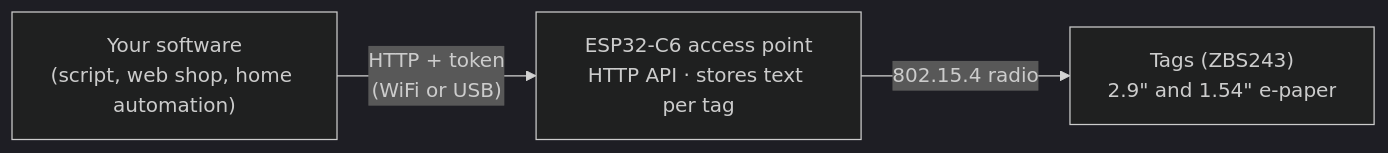
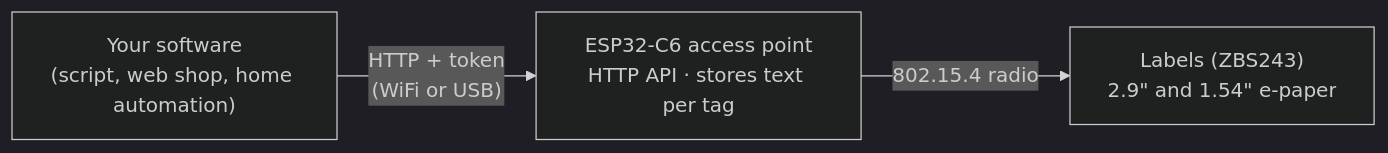
The diagram in README.md (mathiasbk/openESL), drawn with Mermaid (dark theme) before and after one commit. The commit also changed other lines of this file and 5 other files, not shown here.

````diff
--- a/README.md
+++ b/README.md
@@ -13,8 +69,8 @@
 ```mermaid
 flowchart LR
     client["Your software<br/>(script, web shop, home automation)"]
     ap["ESP32-C6 access point<br/>HTTP API · stores text per tag"]
-    tags["Tags (ZBS243)<br/>2.9&quot; and 1.54&quot; e-paper"]
+    tags["Labels (ZBS243)<br/>2.9&quot; and 1.54&quot; e-paper"]
     client -- "HTTP + token<br/>(WiFi or USB)" --> ap
     ap -- "802.15.4 radio" --> tags
 ```
````
